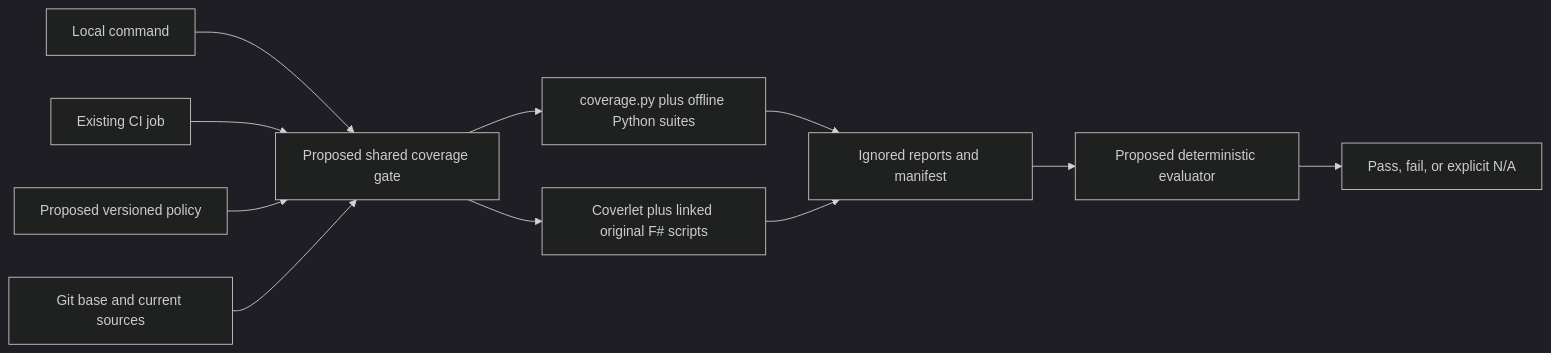
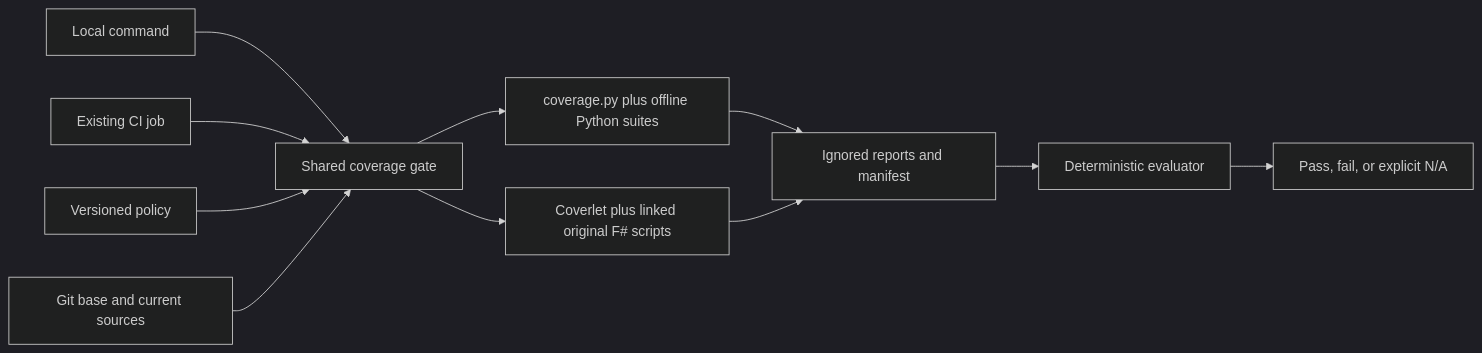
One commit to RLittlesII/agents changed the first of 3 diagrams in .github/.spec/README.md. Above: the diagram before and after it, drawn with Mermaid (dark theme). The commit also changed other lines of this file, not shown here.

Commit message:
docs(f6): reconcile implemented coverage design

````diff
--- a/.github/.spec/README.md
+++ b/.github/.spec/README.md
@@ -114,13 +114,13 @@
 ```mermaid
 flowchart LR
-    Local[Local command] --> Gate[Proposed shared coverage gate]
+    Local[Local command] --> Gate[Shared coverage gate]
     CI[Existing CI job] --> Gate
-    Policy[Proposed versioned policy] --> Gate
+    Policy[Versioned policy] --> Gate
     Git[Git base and current sources] --> Gate
     Gate --> Python[coverage.py plus offline Python suites]
     Gate --> FSharp[Coverlet plus linked original F# scripts]
     Python --> Evidence[Ignored reports and manifest]
     FSharp --> Evidence
-    Evidence --> Evaluate[Proposed deterministic evaluator]
+    Evidence --> Evaluate[Deterministic evaluator]
     Evaluate --> Result[Pass, fail, or explicit N/A]
 ```
````
